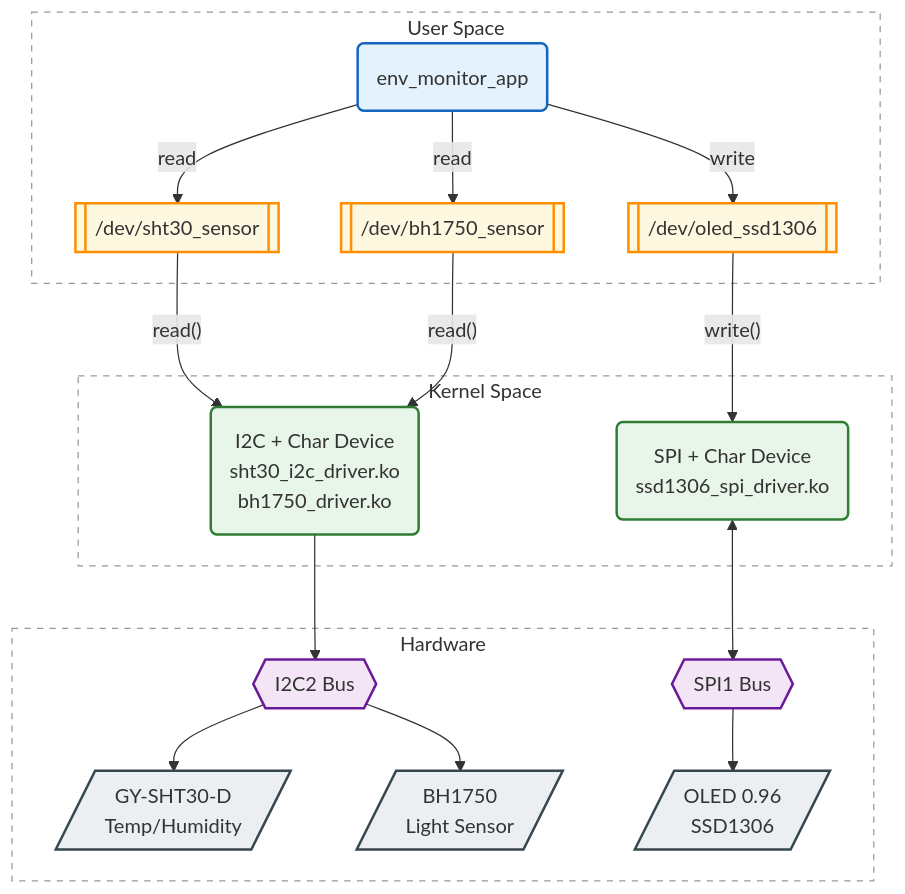
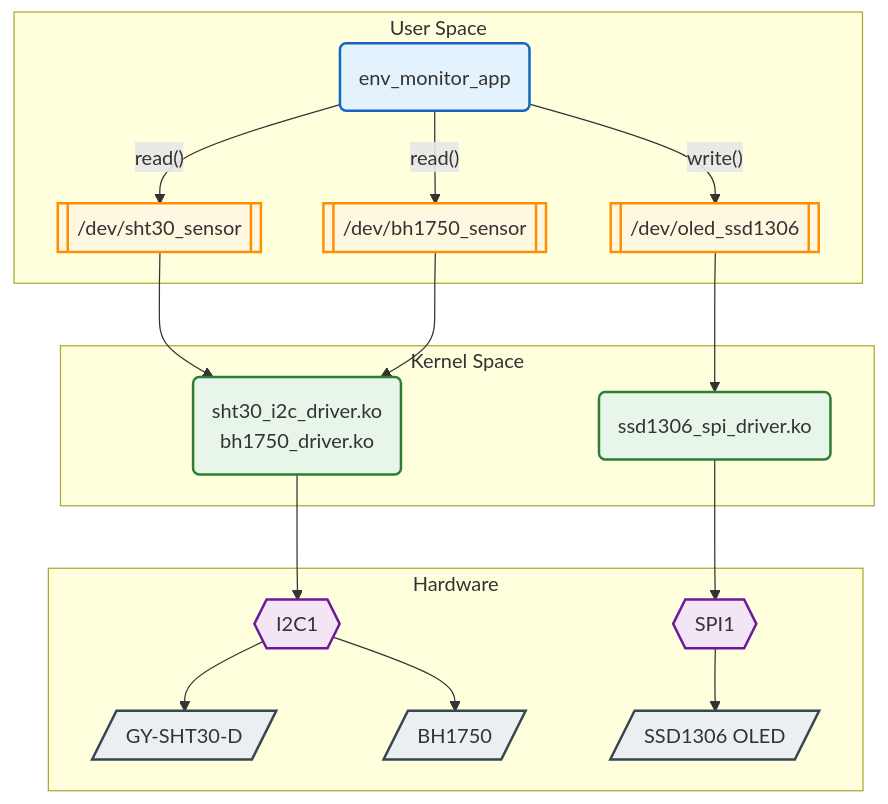
One commit to haidoan2098/enviromental-monitoring-system changed the diagram in README.md. Above: the diagram before and after it, drawn with Mermaid. The commit also changed other lines of this file, not shown here.

Commit message:
docs: rewrite README for the Yocto layer

````diff
--- a/README.md
+++ b/README.md
@@ -7,41 +7,38 @@
 ```mermaid
 flowchart TB
     classDef userApp fill:#e3f2fd,stroke:#1565c0,stroke-width:2
     classDef devNode fill:#fff8e1,stroke:#ff8f00,stroke-width:2
     classDef kernelDrv fill:#e8f5e9,stroke:#2e7d32,stroke-width:2
     classDef bus fill:#f3e5f5,stroke:#6a1b9a,stroke-width:2
     classDef hw fill:#eceff1,stroke:#37474f,stroke-width:2
-    classDef layer fill:none,stroke:#999,stroke-dasharray:5 5
 
     subgraph UserSpace["User Space"]
         App("env_monitor_app"):::userApp
         DevSHT30[["/dev/sht30_sensor"]]:::devNode
         DevBH1750[["/dev/bh1750_sensor"]]:::devNode
         DevOLED[["/dev/oled_ssd1306"]]:::devNode
     end
 
     subgraph KernelSpace["Kernel Space"]
-        I2CDrv("I2C + Char Device<br>sht30_i2c_driver.ko<br>bh1750_driver.ko"):::kernelDrv
-        SPIDrv("SPI + Char Device<br>ssd1306_spi_driver.ko"):::kernelDrv
+        I2CDrv("sht30_i2c_driver.ko<br>bh1750_driver.ko"):::kernelDrv
+        SPIDrv("ssd1306_spi_driver.ko"):::kernelDrv
     end
 
     subgraph Hardware["Hardware"]
-        I2C2{{"I2C2 Bus"}}:::bus
-        SPI1{{"SPI1 Bus"}}:::bus
-        SHT30[/"GY-SHT30-D<br>Temp/Humidity"/]:::hw
-        BH1750[/"BH1750<br>Light Sensor"/]:::hw
-        OLED[/"OLED 0.96"<br>SSD1306/]:::hw
+        I2C1{{"I2C1"}}:::bus
+        SPI1{{"SPI1"}}:::bus
+        SHT30[/"GY-SHT30-D"/]:::hw
+        BH1750[/"BH1750"/]:::hw
+        OLED[/"SSD1306 OLED"/]:::hw
     end
 
-    class UserSpace,KernelSpace,Hardware layer
-
-    App -- "read" --> DevSHT30 & DevBH1750
-    App -- "write" --> DevOLED
-    DevSHT30 -- "read()" --> I2CDrv
-    DevBH1750 -- "read()" --> I2CDrv
-    DevOLED -- "write()" --> SPIDrv
-    I2CDrv --> I2C2
-    SPIDrv <--> SPI1
-    I2C2 --> SHT30 & BH1750
+    App -- "read()" --> DevSHT30 & DevBH1750
+    App -- "write()" --> DevOLED
+    DevSHT30 --> I2CDrv
+    DevBH1750 --> I2CDrv
+    DevOLED --> SPIDrv
+    I2CDrv --> I2C1
+    SPIDrv --> SPI1
+    I2C1 --> SHT30 & BH1750
     SPI1 --> OLED
 ```
````
